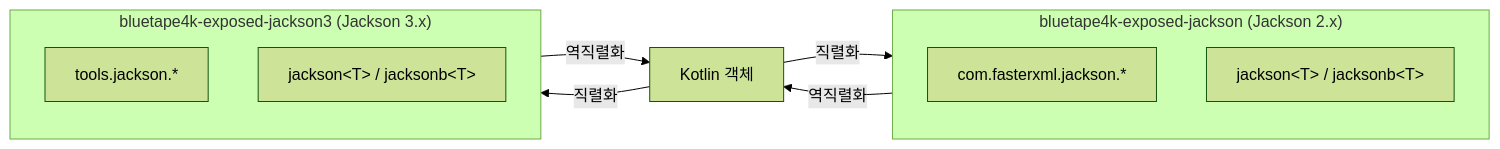
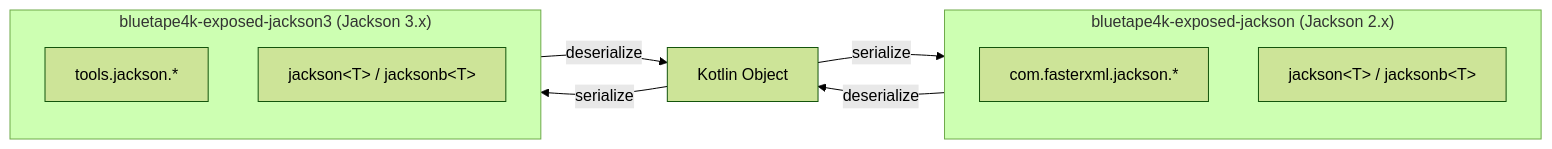
Before and after one commit to bluetape4k/bluetape4k-projects: the third of 3 diagrams in data/exposed-jackson3/README.md, drawn with Mermaid (forest theme). The commit also changed other lines of this file and 265 other files, not shown here.

````diff
--- a/data/exposed-jackson3/README.md
+++ b/data/exposed-jackson3/README.md
@@ -186,15 +188,15 @@
 ```mermaid
 flowchart LR
     subgraph Jackson2["bluetape4k-exposed-jackson (Jackson 2.x)"]
         A2["com.fasterxml.jackson.*"]
         B2["jackson&lt;T&gt; / jacksonb&lt;T&gt;"]
     end
     subgraph Jackson3["bluetape4k-exposed-jackson3 (Jackson 3.x)"]
         A3["tools.jackson.*"]
         B3["jackson&lt;T&gt; / jacksonb&lt;T&gt;"]
     end
-    C[Kotlin 객체] -->|직렬화| Jackson2
-    C -->|직렬화| Jackson3
-    Jackson2 -->|역직렬화| C
-    Jackson3 -->|역직렬화| C
+    C[Kotlin Object] -->|serialize| Jackson2
+    C -->|serialize| Jackson3
+    Jackson2 -->|deserialize| C
+    Jackson3 -->|deserialize| C
 ```
````
